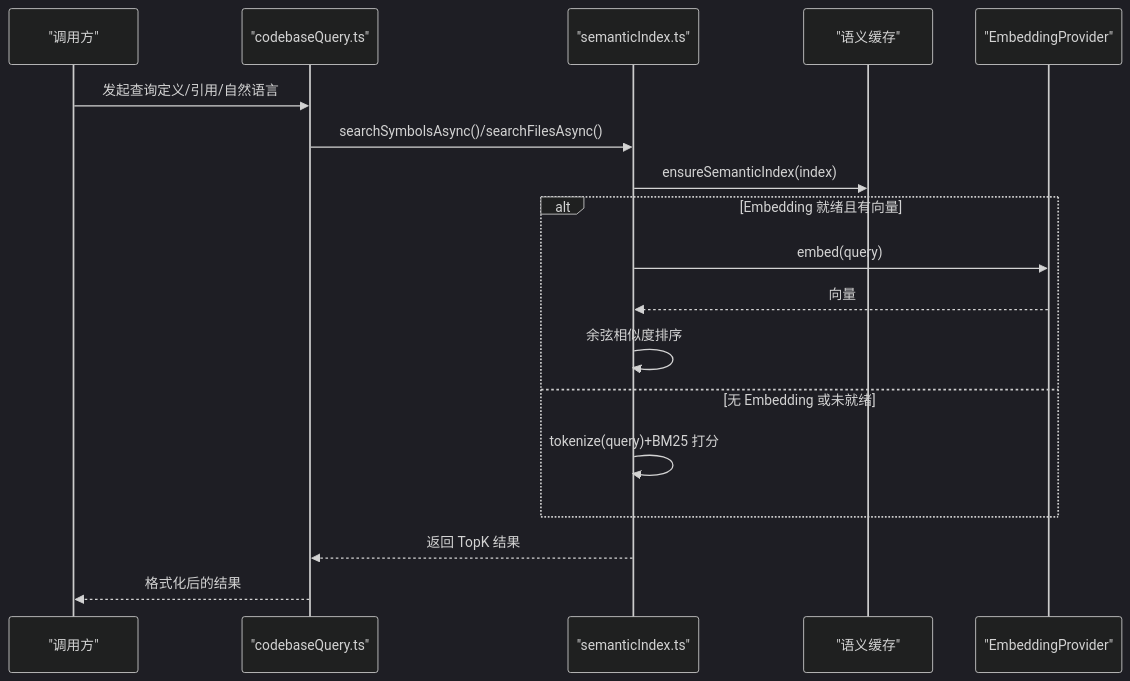
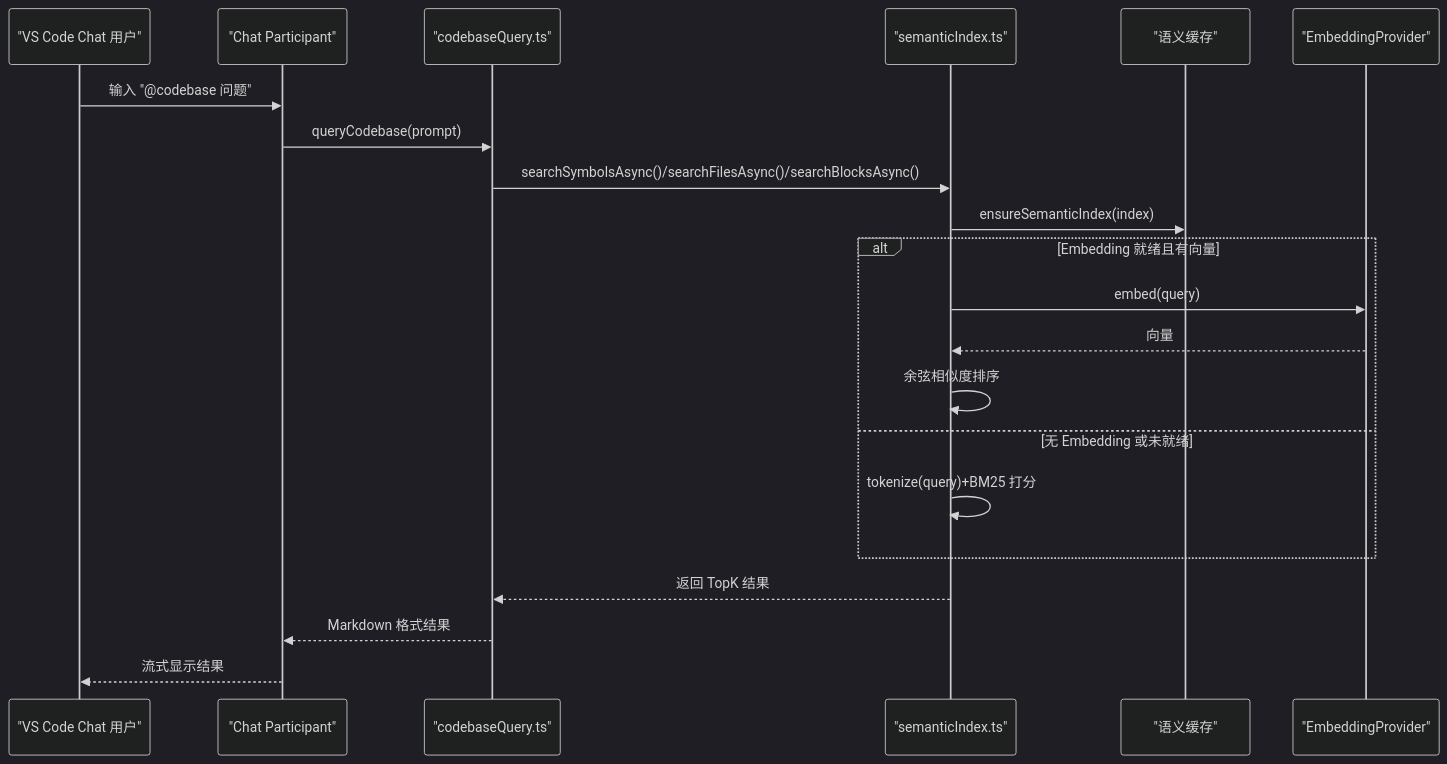
Before and after one commit to sofate798/KodrixCode: the second of 8 diagrams in .qoder/repowiki/zh/content/架构设计/代码库智能架构/语义索引构建.md, drawn with Mermaid (dark theme). The commit also changed other lines of this file and 6 other files, not shown here.

````diff
--- a/.qoder/repowiki/zh/content/架构设计/代码库智能架构/语义索引构建.md
+++ b/.qoder/repowiki/zh/content/架构设计/代码库智能架构/语义索引构建.md
@@ -142,20 +157,23 @@
 ```mermaid
 sequenceDiagram
-participant Client as "调用方"
+participant Client as "VS Code Chat 用户"
+participant Chat as "Chat Participant"
 participant Query as "codebaseQuery.ts"
 participant Index as "semanticIndex.ts"
 participant Cache as "语义缓存"
 participant Embed as "EmbeddingProvider"
-Client->>Query : 发起查询定义/引用/自然语言
-Query->>Index : searchSymbolsAsync()/searchFilesAsync()
+Client->>Chat : 输入 "@codebase 问题"
+Chat->>Query : queryCodebase(prompt)
+Query->>Index : searchSymbolsAsync()/searchFilesAsync()/searchBlocksAsync()
 Index->>Cache : ensureSemanticIndex(index)
 alt Embedding 就绪且有向量
 Index->>Embed : embed(query)
 Embed-->>Index : 向量
 Index->>Index : 余弦相似度排序
 else 无 Embedding 或未就绪
 Index->>Index : tokenize(query)+BM25 打分
 end
 Index-->>Query : 返回 TopK 结果
-Query-->>Client : 格式化后的结果
+Query-->>Chat : Markdown 格式结果
+Chat-->>Client : 流式显示结果
 ```
````
